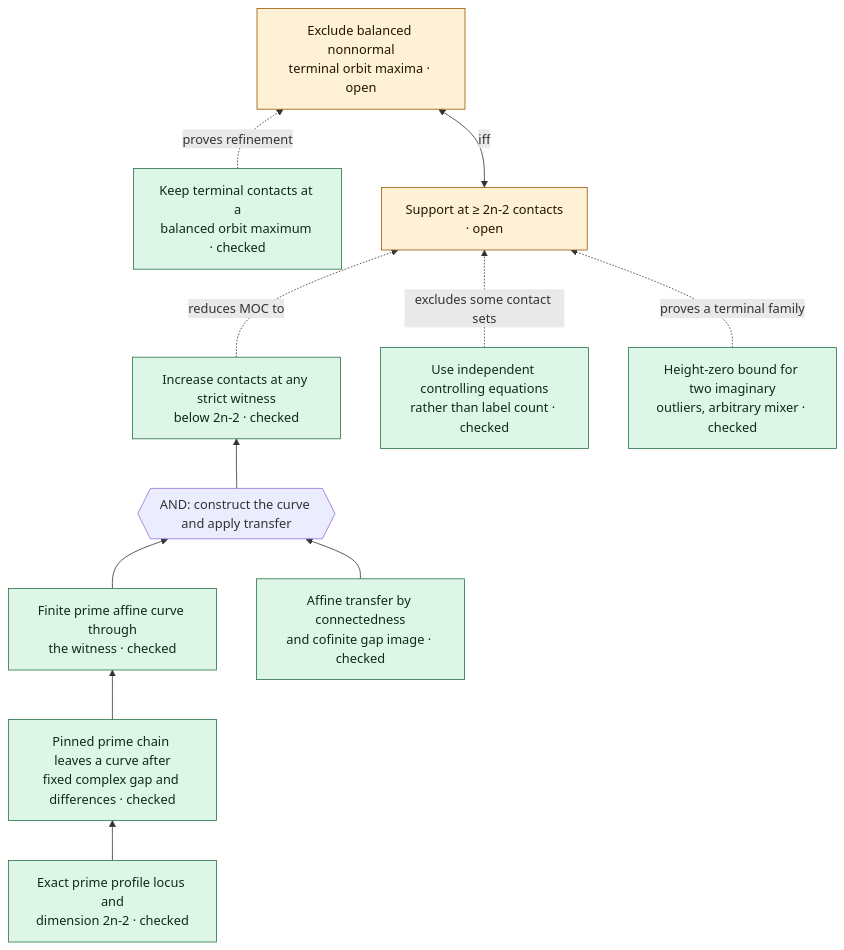
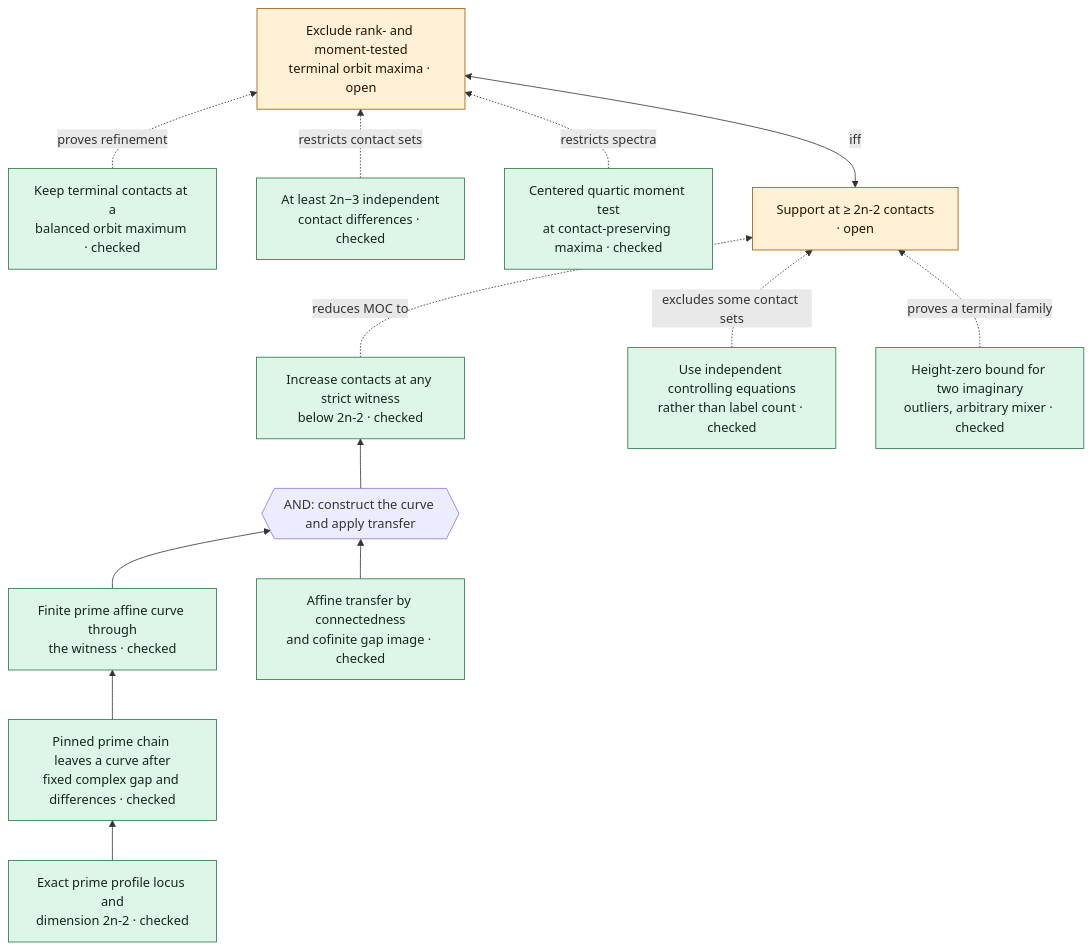
Before and after one commit to ascendnoosphere/MOC: the fourth of 4 diagrams in Lean/ProofTree.md, drawn with Mermaid. The commit also changed other lines of this file and 16 other files, not shown here.

Commit message:
MOC: impose rank and fourth-moment tests at terminal maxima

````diff
--- a/Lean/ProofTree.md
+++ b/Lean/ProofTree.md
@@ -112,26 +112,30 @@
 ```mermaid
 flowchart BT
     TRANSFER["Increase contacts at any strict witness<br/>below 2n-2 · checked"]:::checked
     BOTH{{"AND: construct the curve and apply transfer"}}
     CUT["Pinned prime chain leaves a curve after<br/>fixed complex gap and differences · checked"]:::checked
     MODEL["Finite prime affine curve through<br/>the witness · checked"]:::checked
     STEP["Affine transfer by connectedness<br/>and cofinite gap image · checked"]:::checked
     CHART["Exact prime profile locus and<br/>dimension 2n-2 · checked"]:::checked
     TERMINAL["Support at ≥ 2n-2 contacts<br/>· open"]:::open
     BALANCE["Keep terminal contacts at a<br/>balanced orbit maximum · checked"]:::checked
     BUDGET["Use independent controlling equations<br/>rather than label count · checked"]:::checked
-    TIGHT["Exclude balanced nonnormal<br/>terminal orbit maxima · open"]:::open
+    RANK["At least 2n−3 independent<br/>contact differences · checked"]:::checked
+    MOMENT["Centered quartic moment test<br/>at contact-preserving maxima · checked"]:::checked
+    TIGHT["Exclude rank- and moment-tested<br/>terminal orbit maxima · open"]:::open
     OUTLIER["Height-zero bound for two imaginary<br/>outliers, arbitrary mixer · checked"]:::checked
     CHART --> CUT
     CUT --> MODEL
     MODEL --> BOTH
     STEP --> BOTH
     BOTH --> TRANSFER
     TRANSFER -. reduces MOC to .-> TERMINAL
     BALANCE -. proves refinement .-> TIGHT
+    RANK -. restricts contact sets .-> TIGHT
+    MOMENT -. restricts spectra .-> TIGHT
     BUDGET -. excludes some contact sets .-> TERMINAL
     TERMINAL <-->|iff| TIGHT
     OUTLIER -. proves a terminal family .-> TERMINAL
     classDef open fill:#fff1d6,stroke:#9a5900,color:#231500
     classDef checked fill:#ddf6e7,stroke:#287348,color:#10291a
 ```
````
